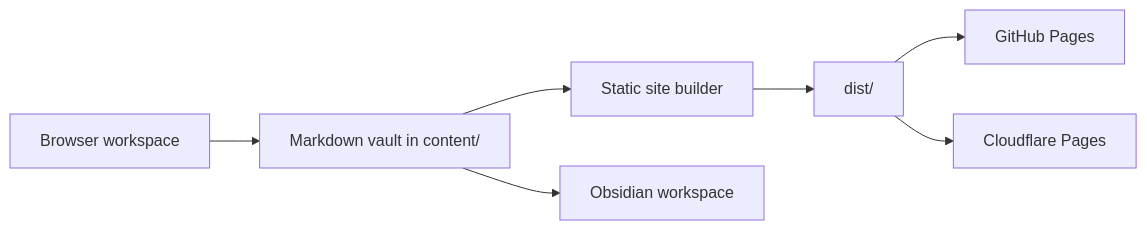
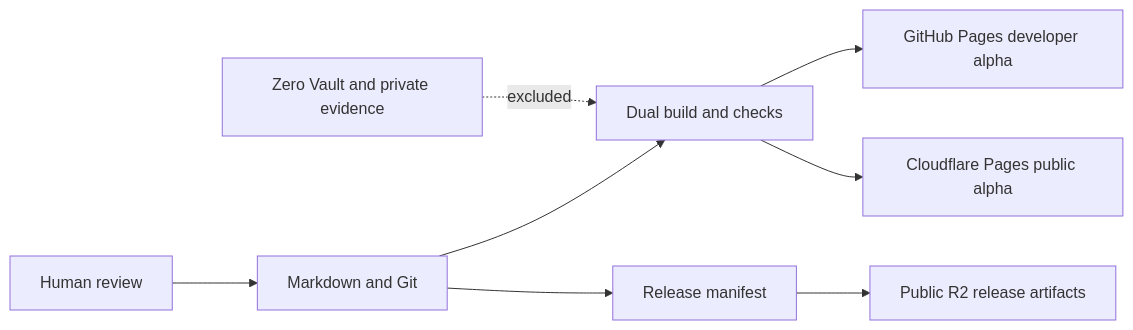
The diagram in content/20-architecture/publishing-architecture.md (punnaraj/magga-mud), drawn with Mermaid before and after one commit. The commit also changed other lines of this file and 28 other files, not shown here.

Commit message:
Publish dual-surface PUNNARAJ public alpha

````diff
--- a/content/20-architecture/publishing-architecture.md
+++ b/content/20-architecture/publishing-architecture.md
@@ -12,9 +15,10 @@
 ```mermaid
 flowchart LR
-  A[Markdown vault in content/] --> B[Static site builder]
-  B --> C[dist/]
-  C --> D[GitHub Pages]
-  C --> E[Cloudflare Pages]
-  A --> F[Obsidian workspace]
-  G[Browser workspace] --> A
+  H[Human review] --> G[Markdown and Git]
+  G --> B[Dual build and checks]
+  B --> GH[GitHub Pages developer alpha]
+  B --> CF[Cloudflare Pages public alpha]
+  G --> M[Release manifest]
+  M --> R2[Public R2 release artifacts]
+  Z[Zero Vault and private evidence] -. excluded .-> B
 ```
````
